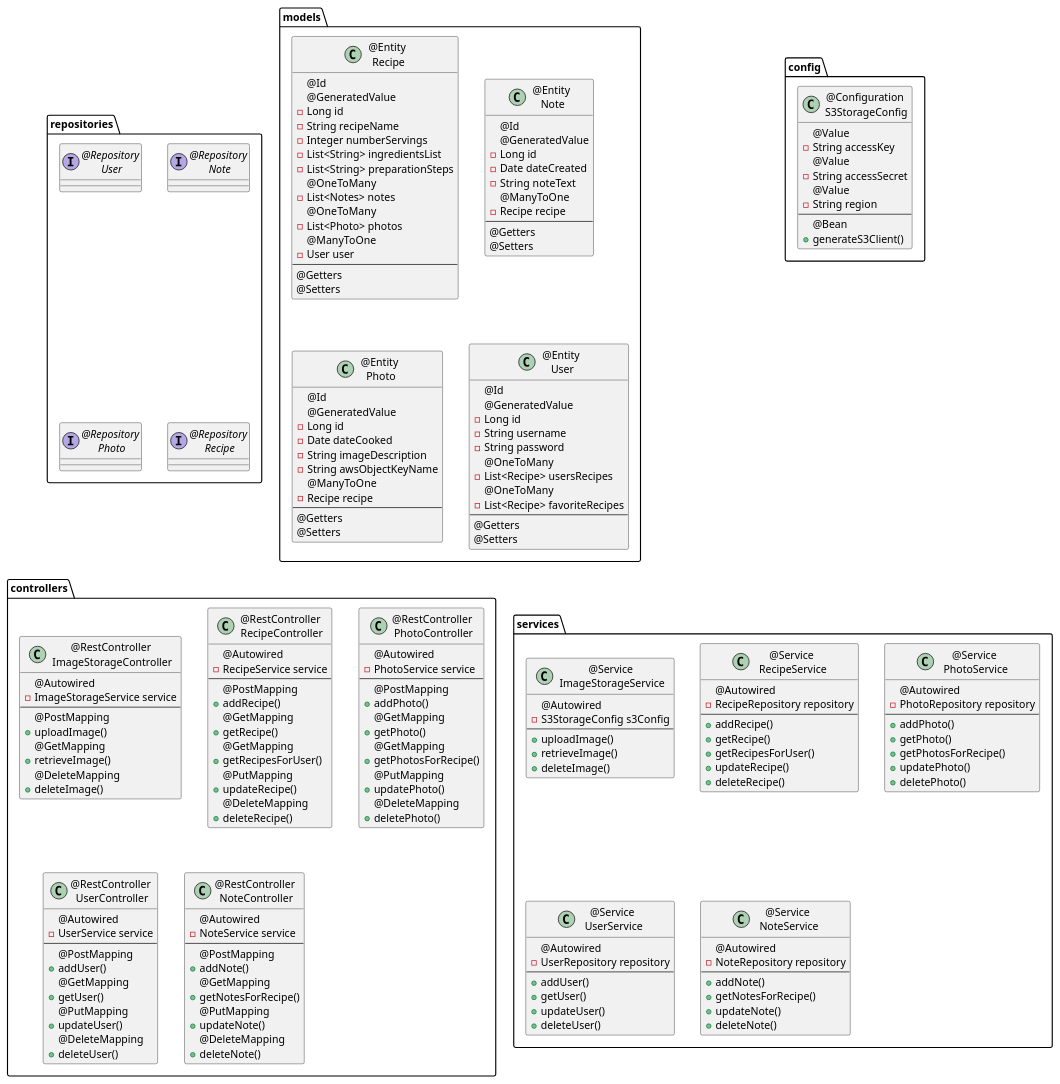
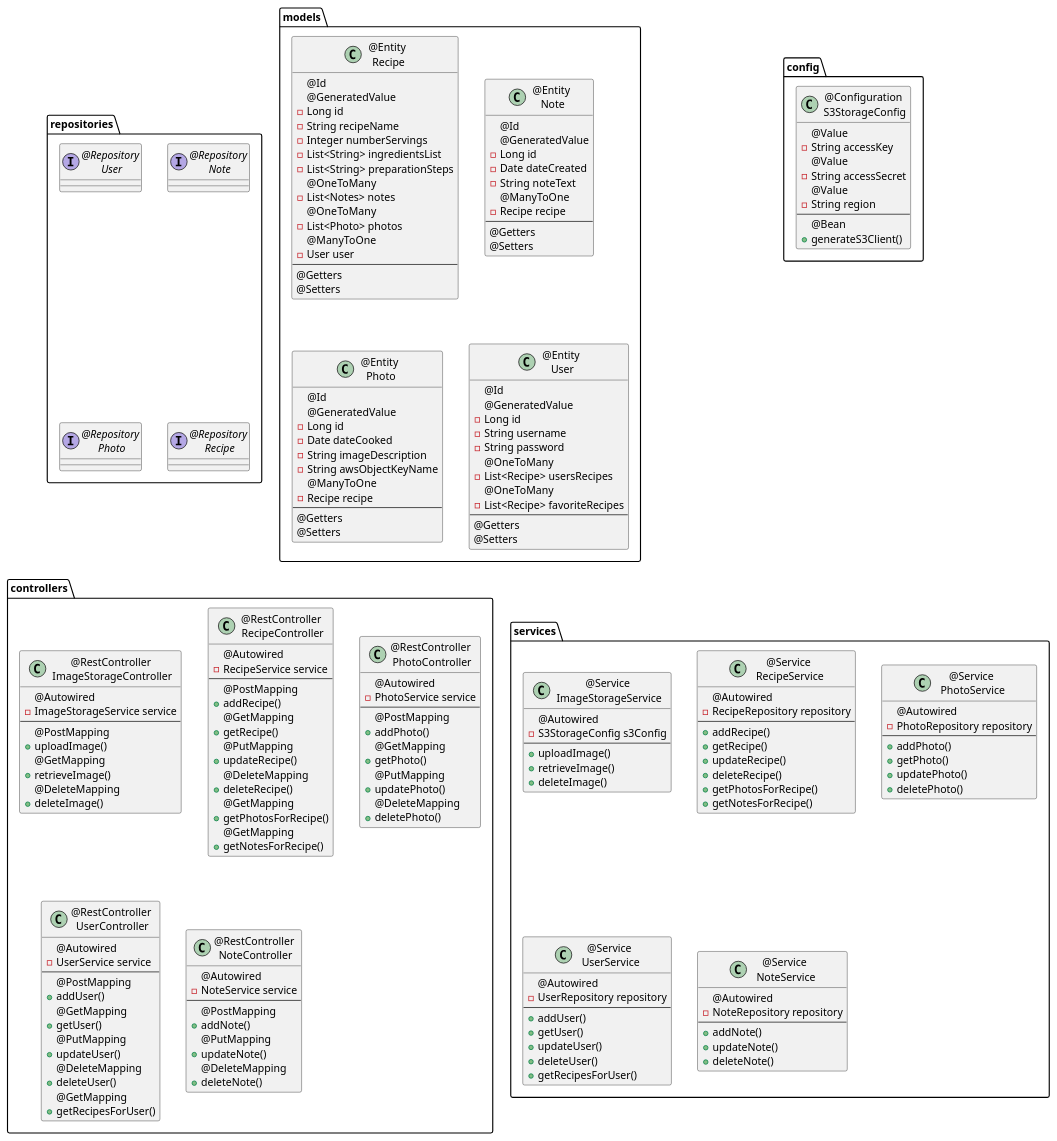
The diagram in RecipeAppUML.puml (theresa-christina/MyCookBookApp-BackEnd), drawn with PlantUML before and after one commit. The commit also changed other lines of this file and 2 other files, not shown here.

```diff
--- a/RecipeAppUML.puml
+++ b/RecipeAppUML.puml
@@ -109,12 +109,14 @@
         + addRecipe()
         @GetMapping
         + getRecipe()
-        @GetMapping
-        + getRecipesForUser()
         @PutMapping
         + updateRecipe()
         @DeleteMapping
         + deleteRecipe()
+        @GetMapping
+        + getPhotosForRecipe()
+        @GetMapping
+        + getNotesForRecipe()
     }
 
     class "@RestController\n PhotoController" {
@@ -125,8 +127,6 @@
         + addPhoto()
         @GetMapping
         + getPhoto()
-        @GetMapping
-        + getPhotosForRecipe()
         @PutMapping
         + updatePhoto()
         @DeleteMapping
@@ -145,6 +145,8 @@
         + updateUser()
         @DeleteMapping
         + deleteUser()
+        @GetMapping
+        + getRecipesForUser()
     }
 
     class "@RestController\n NoteController" {
@@ -153,8 +155,6 @@
         --
         @PostMapping
         + addNote()
-        @GetMapping
-        + getNotesForRecipe()
         @PutMapping
         + updateNote()
         @DeleteMapping
@@ -178,9 +178,10 @@
             --
             + addRecipe()
             + getRecipe()
-            + getRecipesForUser()
             + updateRecipe()
             + deleteRecipe()
+            + getPhotosForRecipe()
+            + getNotesForRecipe()
         }
 
         class "@Service\n PhotoService" {
@@ -189,7 +190,6 @@
             --
             + addPhoto()
             + getPhoto()
-            + getPhotosForRecipe()
             + updatePhoto()
             + deletePhoto()
         }
@@ -202,6 +202,7 @@
             + getUser()
             + updateUser()
             + deleteUser()
+            + getRecipesForUser()
         }
 
         class "@Service\n NoteService" {
@@ -209,7 +210,6 @@
             - NoteRepository repository
             --
             + addNote()
-            + getNotesForRecipe()
             + updateNote()
             + deleteNote()
         }
```
